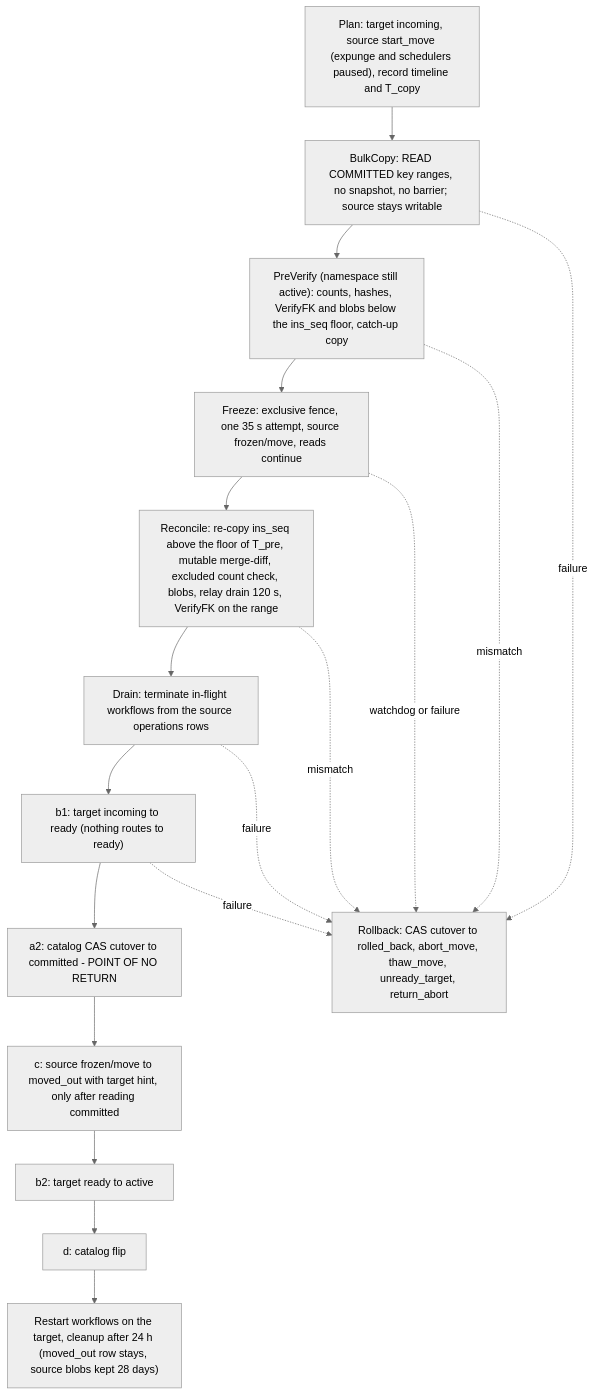
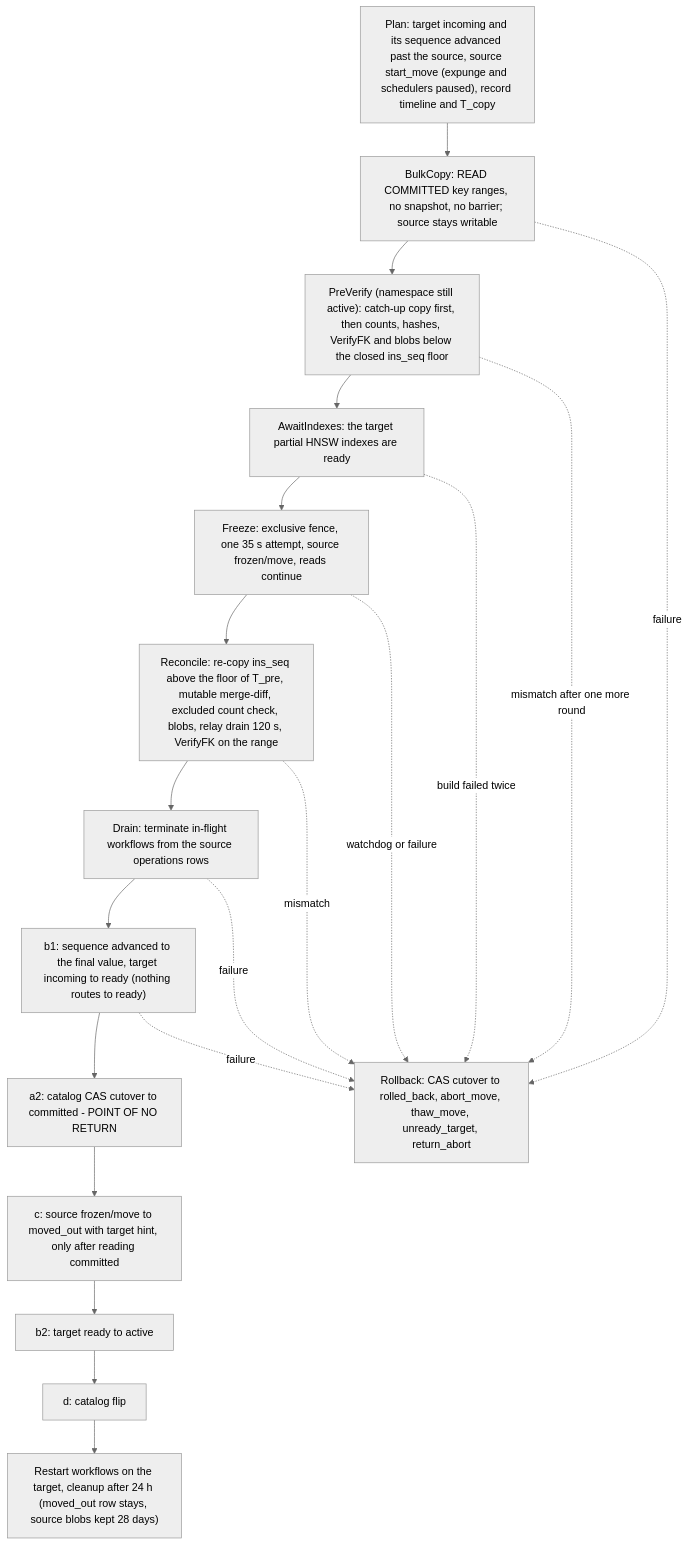
One commit to gstamatakis95/agent-memory-benchmark changed the sixth of 6 diagrams in plans/engram/sections/01-architecture.md. Above: the diagram before and after it, drawn with Mermaid (neutral theme). The commit also changed other lines of this file and 32 other files, not shown here.

First line of the commit message:
plans/engram: D24 applied to architecture, Go API, API contracts, pipelines and protos

````diff
--- a/plans/engram/sections/01-architecture.md
+++ b/plans/engram/sections/01-architecture.md
@@ -582,23 +590,25 @@
 ```mermaid
 flowchart TB
-  P["Plan: target incoming, source start_move (expunge and schedulers paused), record timeline and T_copy"]
+  P["Plan: target incoming and its sequence advanced past the source, source start_move (expunge and schedulers paused), record timeline and T_copy"]
   B["BulkCopy: READ COMMITTED key ranges, no snapshot, no barrier; source stays writable"]
-  V["PreVerify (namespace still active): counts, hashes, VerifyFK and blobs below the ins_seq floor, catch-up copy"]
+  V["PreVerify (namespace still active): catch-up copy first, then counts, hashes, VerifyFK and blobs below the closed ins_seq floor"]
+  IX["AwaitIndexes: the target partial HNSW indexes are ready"]
   F["Freeze: exclusive fence, one 35 s attempt, source frozen/move, reads continue"]
   R["Reconcile: re-copy ins_seq above the floor of T_pre, mutable merge-diff, excluded count check, blobs, relay drain 120 s, VerifyFK on the range"]
   D["Drain: terminate in-flight workflows from the source operations rows"]
-  B1["b1: target incoming to ready (nothing routes to ready)"]
+  B1["b1: sequence advanced to the final value, target incoming to ready (nothing routes to ready)"]
   A2["a2: catalog CAS cutover to committed - POINT OF NO RETURN"]
   C["c: source frozen/move to moved_out with target hint, only after reading committed"]
   B2["b2: target ready to active"]
   CD["d: catalog flip"]
   RS["Restart workflows on the target, cleanup after 24 h (moved_out row stays, source blobs kept 28 days)"]
   RB["Rollback: CAS cutover to rolled_back, abort_move, thaw_move, unready_target, return_abort"]
-  P --> B --> V --> F --> R --> D --> B1 --> A2 --> C --> B2 --> CD --> RS
+  P --> B --> V --> IX --> F --> R --> D --> B1 --> A2 --> C --> B2 --> CD --> RS
   B -.->|"failure"| RB
-  V -.->|"mismatch"| RB
+    V -.->|"mismatch after one more round"| RB
+  IX -.->|"build failed twice"| RB
   F -.->|"watchdog or failure"| RB
   R -.->|"mismatch"| RB
   D -.->|"failure"| RB
   B1 -.->|"failure"| RB
 ```
````
